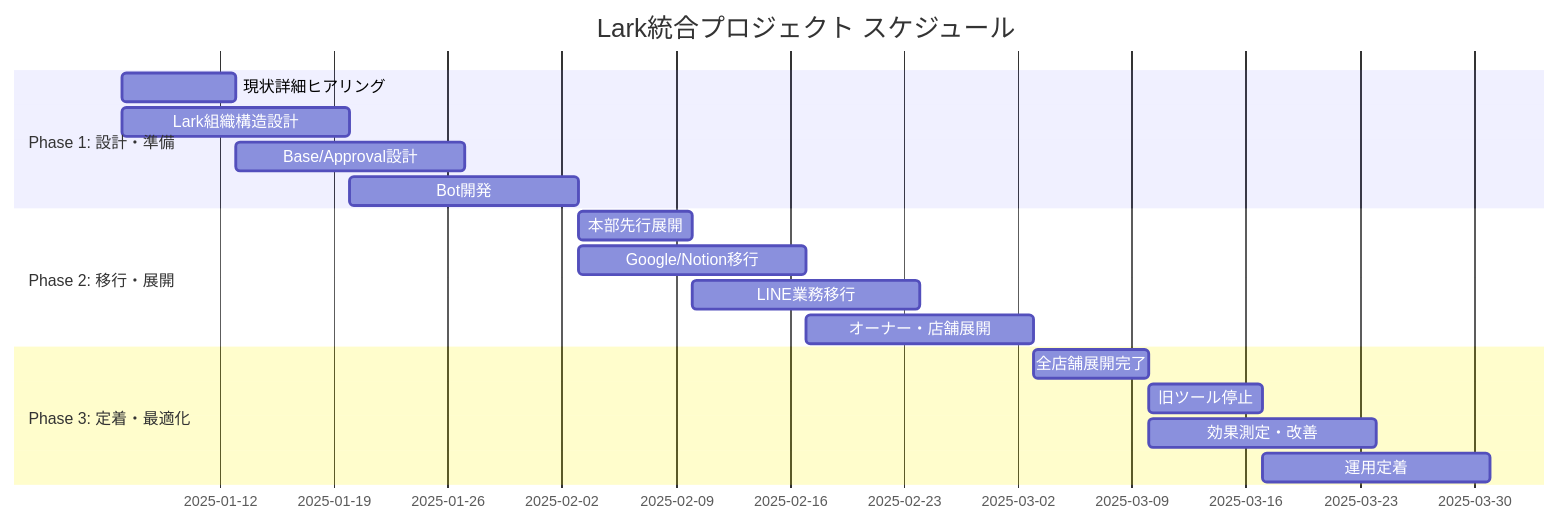
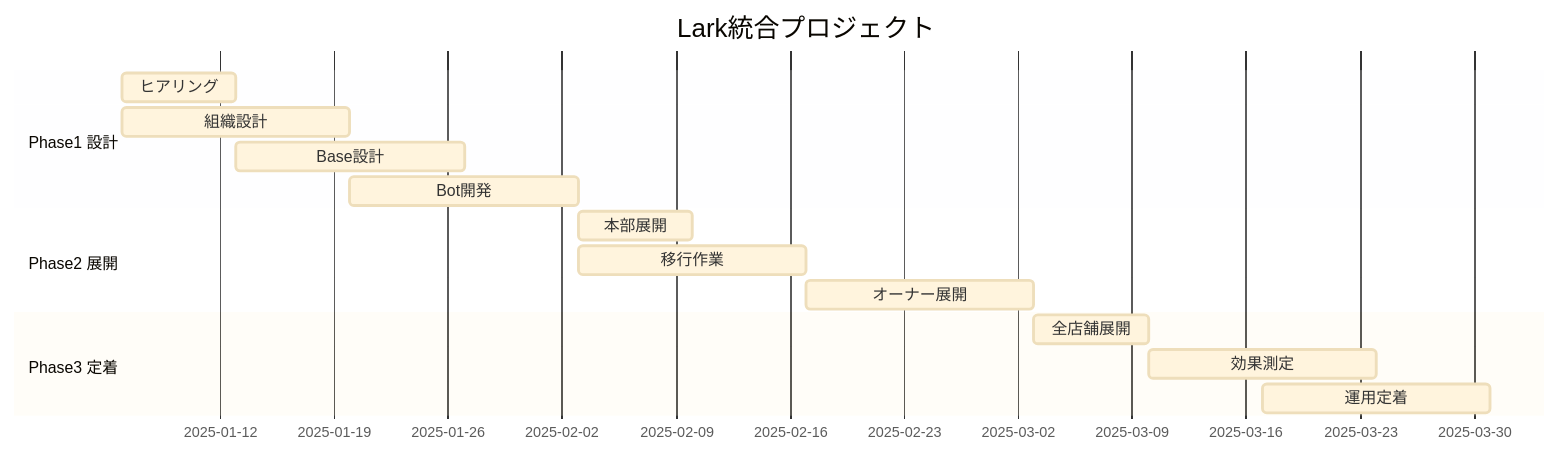
Diagram 11 of 15 in docs/FITPLACE_LARK_PROPOSAL.md (PLark-droid/lark-proposal), drawn with Mermaid before and after one commit. The commit also changed other lines of this file, not shown here.

First line of the commit message:
docs: optimize Mermaid diagrams for Google Docs

````diff
--- a/docs/FITPLACE_LARK_PROPOSAL.md
+++ b/docs/FITPLACE_LARK_PROPOSAL.md
@@ -453,23 +398,22 @@
 ```mermaid
+%%{init: {'theme': 'base', 'themeVariables': { 'fontSize': '12px'}}}%%
 gantt
-    title Lark統合プロジェクト スケジュール
-    dateFormat  YYYY-MM-DD
+    title Lark統合プロジェクト
+    dateFormat YYYY-MM-DD
 
-    section Phase 1: 設計・準備
-    現状詳細ヒアリング      :p1a, 2025-01-06, 1w
-    Lark組織構造設計        :p1b, 2025-01-06, 2w
-    Base/Approval設計       :p1c, 2025-01-13, 2w
-    Bot開発                 :p1d, 2025-01-20, 2w
+    section Phase1 設計
+    ヒアリング    :p1a, 2025-01-06, 7d
+    組織設計      :p1b, 2025-01-06, 14d
+    Base設計      :p1c, 2025-01-13, 14d
+    Bot開発       :p1d, 2025-01-20, 14d
 
-    section Phase 2: 移行・展開
-    本部先行展開            :p2a, 2025-02-03, 1w
-    Google/Notion移行       :p2b, 2025-02-03, 2w
-    LINE業務移行            :p2c, 2025-02-10, 2w
-    オーナー・店舗展開      :p2d, 2025-02-17, 2w
+    section Phase2 展開
+    本部展開      :p2a, 2025-02-03, 7d
+    移行作業      :p2b, 2025-02-03, 14d
+    オーナー展開  :p2d, 2025-02-17, 14d
 
-    section Phase 3: 定着・最適化
-    全店舗展開完了          :p3a, 2025-03-03, 1w
-    旧ツール停止            :p3b, 2025-03-10, 1w
-    効果測定・改善          :p3c, 2025-03-10, 2w
-    運用定着                :p3d, 2025-03-17, 2w
+    section Phase3 定着
+    全店舗展開    :p3a, 2025-03-03, 7d
+    効果測定      :p3c, 2025-03-10, 14d
+    運用定着      :p3d, 2025-03-17, 14d
 ```
````
